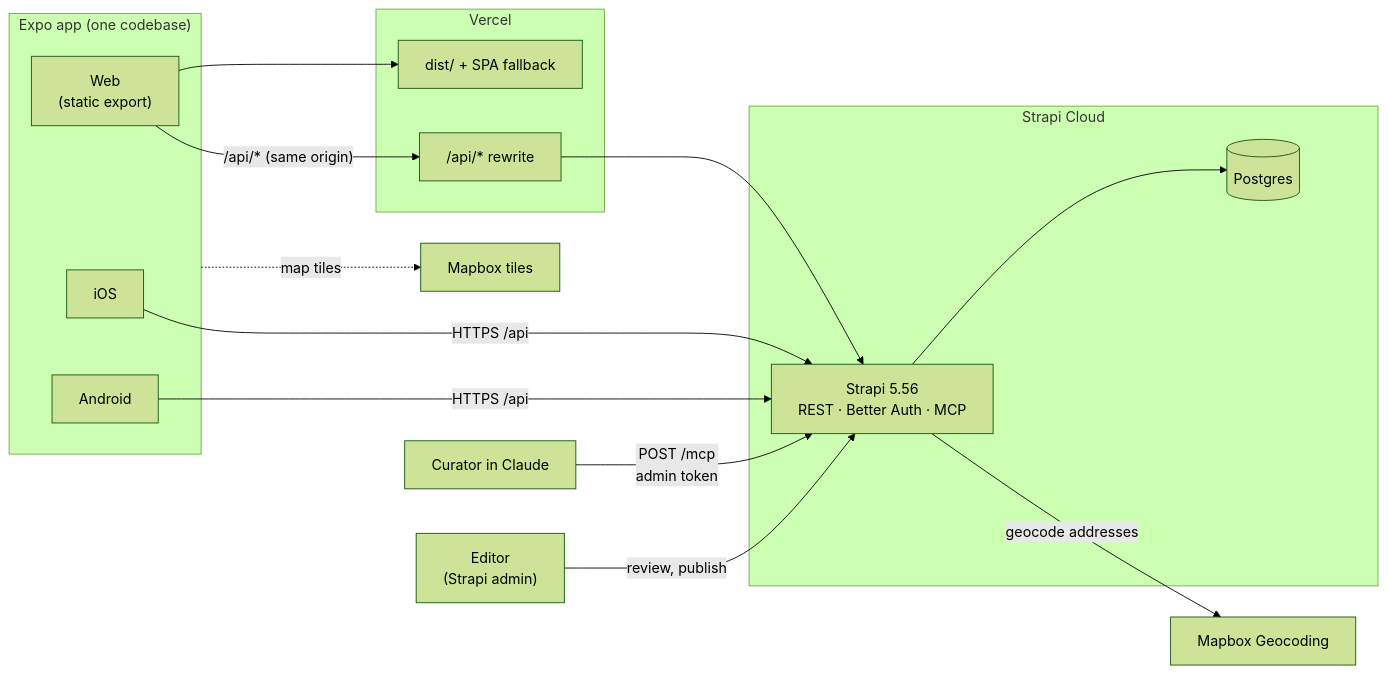
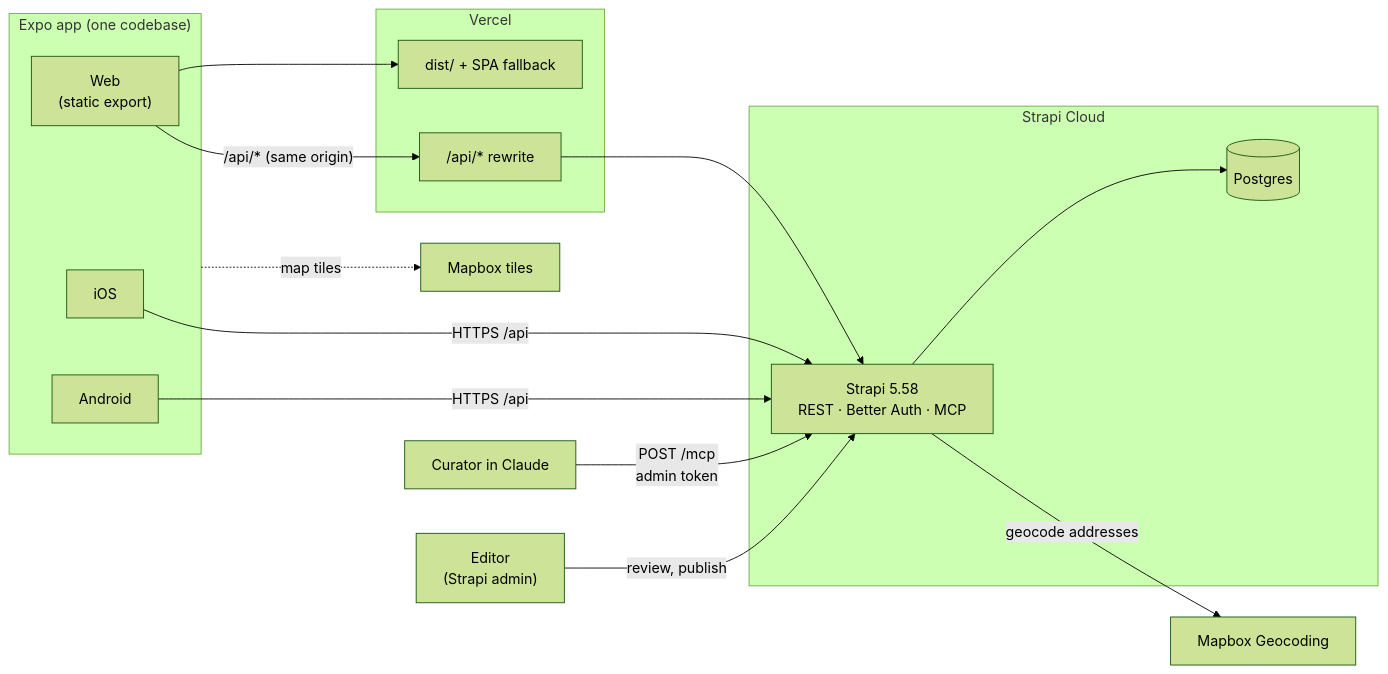
The first of 8 diagrams in docs/architecture.md (PaulBratslavsky/matfinder), drawn with Mermaid (forest theme) before and after one commit. The commit also changed other lines of this file and 3 other files, not shown here.

````diff
--- a/docs/architecture.md
+++ b/docs/architecture.md
@@ -31,33 +31,33 @@
 ```mermaid
 flowchart LR
   subgraph clients["Expo app (one codebase)"]
     ios["iOS"]
     android["Android"]
     web["Web<br/>(static export)"]
   end
 
   subgraph vercel["Vercel"]
     static["dist/ + SPA fallback"]
     rewrite["/api/* rewrite"]
   end
 
   subgraph cloud["Strapi Cloud"]
-    strapi["Strapi 5.56<br/>REST · Better Auth · MCP"]
+    strapi["Strapi 5.58<br/>REST · Better Auth · MCP"]
     pg[("Postgres")]
   end
 
   curator["Curator in Claude"]
   editor["Editor<br/>(Strapi admin)"]
   tiles["Mapbox tiles"]
   geo["Mapbox Geocoding"]
 
   web --> static
   web -- "/api/* (same origin)" --> rewrite --> strapi
   ios -- "HTTPS /api" --> strapi
   android -- "HTTPS /api" --> strapi
   curator -- "POST /mcp<br/>admin token" --> strapi
   editor -- "review, publish" --> strapi
   strapi --> pg
   strapi -- "geocode addresses" --> geo
   clients -. "map tiles" .-> tiles
 ```
````
